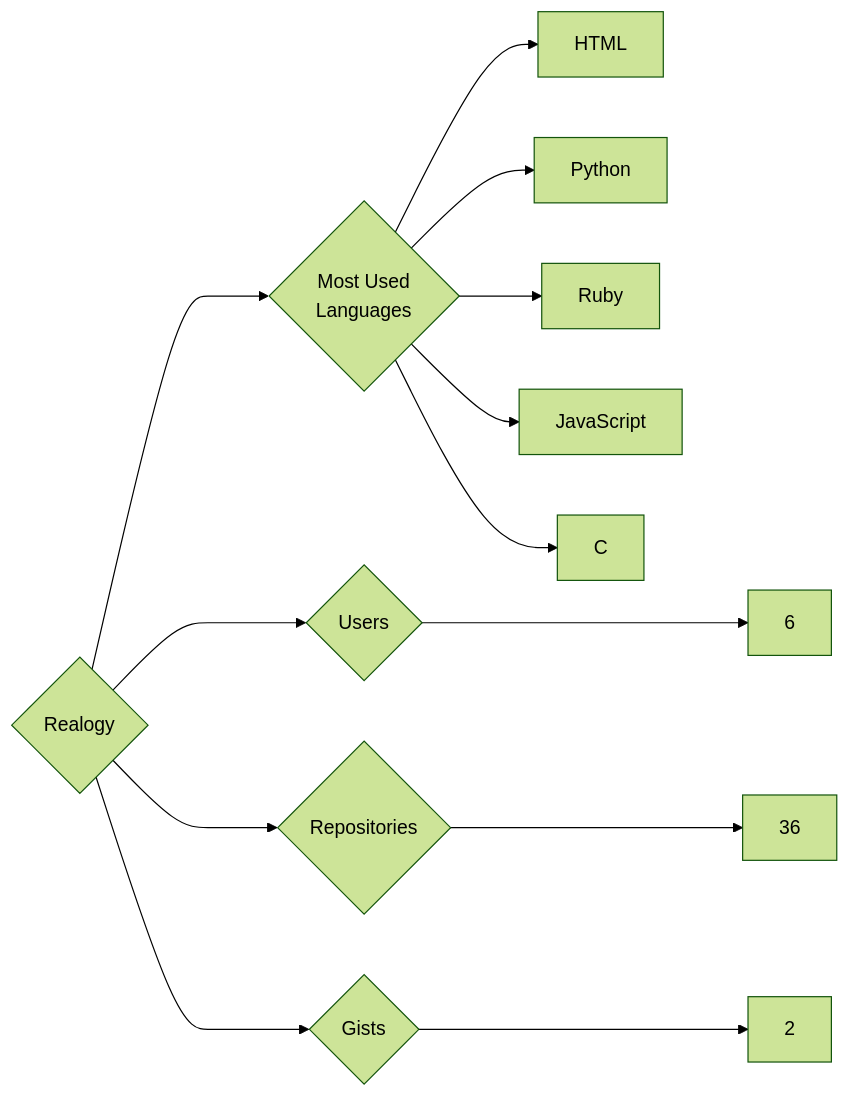
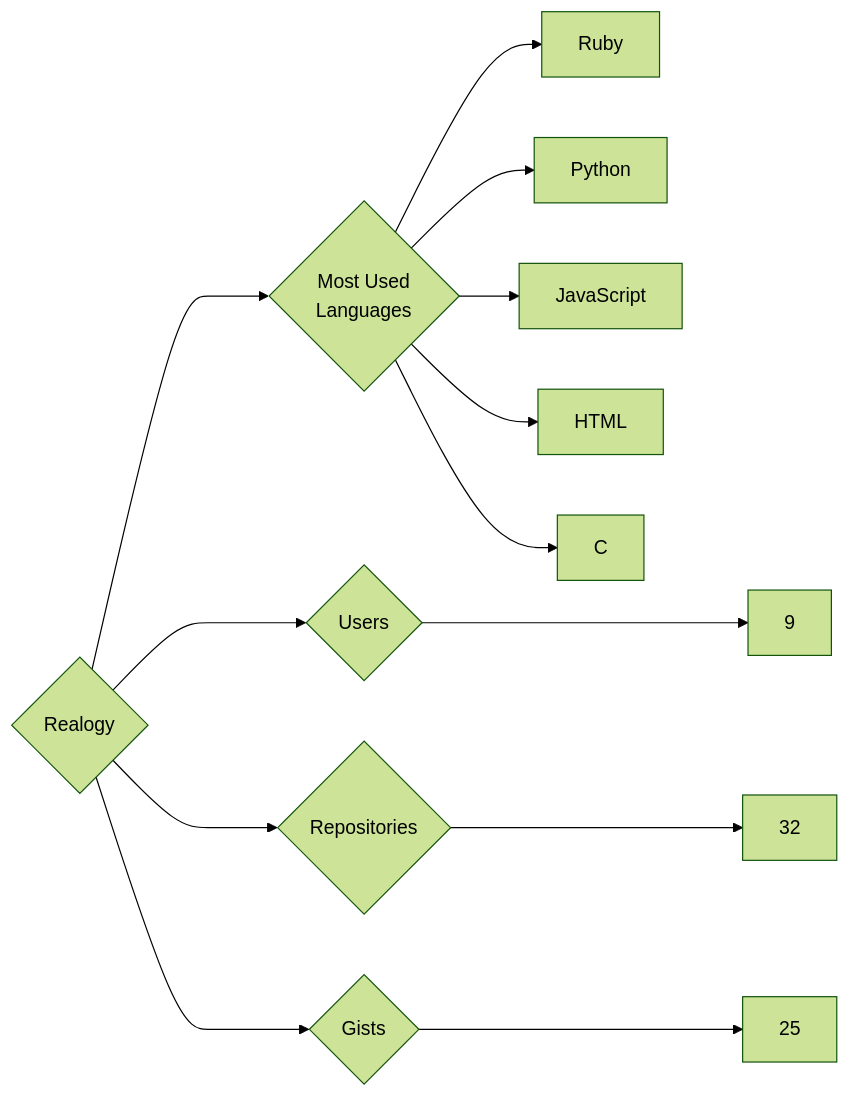
Before and after one commit to trickest/insiders: the diagram in targets/Realogy/README.md, drawn with Mermaid (forest theme). The commit also changed 1011 other files, not shown here.

````diff
--- a/targets/Realogy/README.md
+++ b/targets/Realogy/README.md
@@ -3,13 +3,13 @@
 ```mermaid
 graph LR
 COMPANY_NAME{Realogy}
-COMPANY_NAME ---> U{Users} ---> UN[6]
-COMPANY_NAME ---> R{Repositories} ---> RN[36]
-COMPANY_NAME ---> G{Gists} ---> GN[2]
+COMPANY_NAME ---> U{Users} ---> UN[9]
+COMPANY_NAME ---> R{Repositories} ---> RN[32]
+COMPANY_NAME ---> G{Gists} ---> GN[25]
 COMPANY_NAME ---> ML{Most Used<br>Languages}
+ML --> Ruby[Ruby]
+ML --> Python[Python]
+ML --> JavaScript[JavaScript]
 ML --> HTML[HTML]
-ML --> Python[Python]
-ML --> Ruby[Ruby]
-ML --> JavaScript[JavaScript]
 ML --> C[C]
 ```
````
